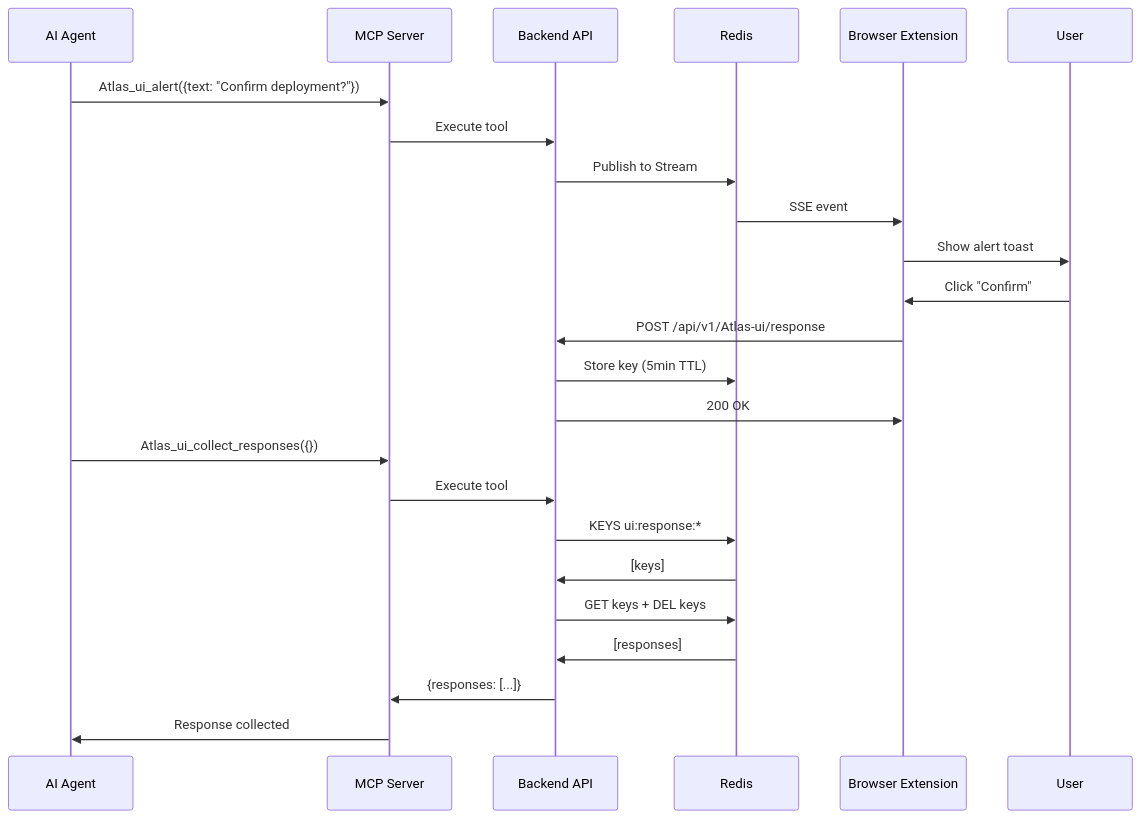
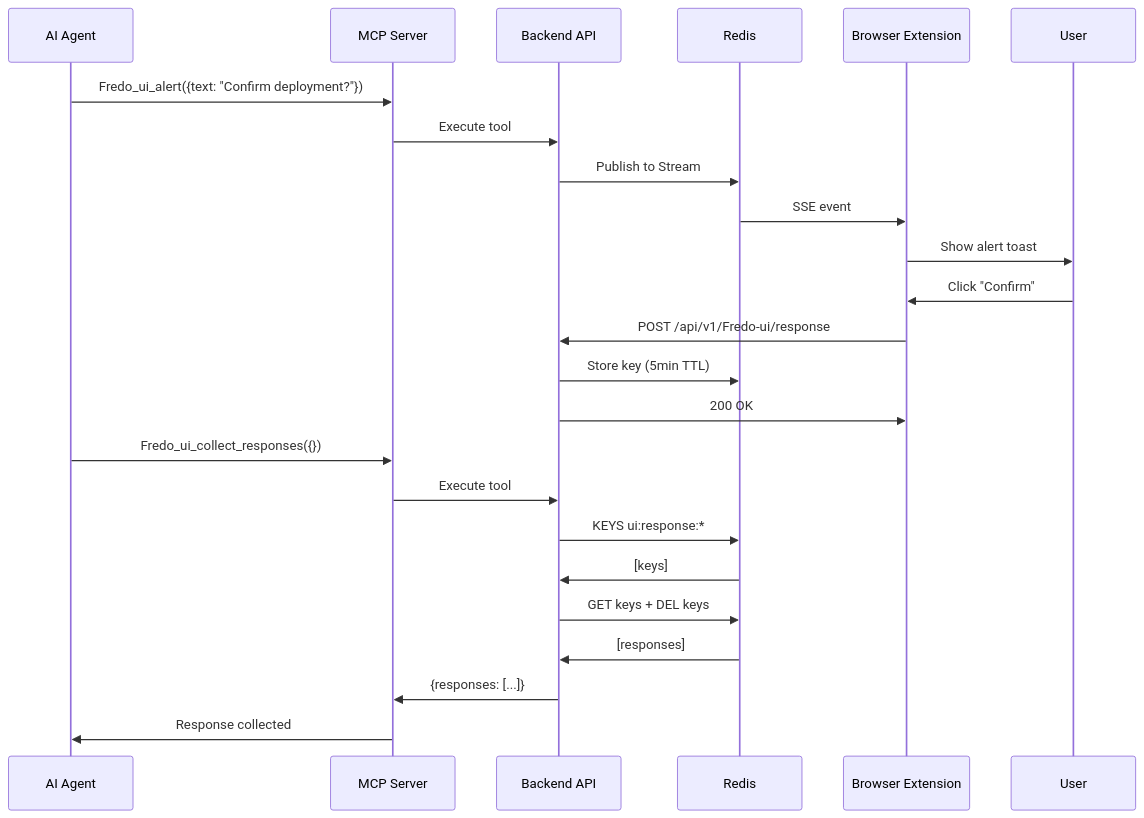
Before and after one commit to FredoAi/fredo: the first of 2 diagrams in docs/archive/browser-extension/RESPONSE_FLOW.md, drawn with Mermaid. The commit also changed other lines of this file and 26 other files, not shown here.

First line of the commit message:
Rename Atlas to Fredo across documentation and codebase

````diff
--- a/docs/archive/browser-extension/RESPONSE_FLOW.md
+++ b/docs/archive/browser-extension/RESPONSE_FLOW.md
@@ -585,27 +585,27 @@
 ```mermaid
 sequenceDiagram
     participant Agent as AI Agent
     participant MCP as MCP Server
     participant Backend as Backend API
     participant Redis as Redis
     participant Ext as Browser Extension
     participant User as User
 
-    Agent->>MCP: Atlas_ui_alert({text: "Confirm deployment?"})
+    Agent->>MCP: Fredo_ui_alert({text: "Confirm deployment?"})
     MCP->>Backend: Execute tool
     Backend->>Redis: Publish to Stream
     Redis->>Ext: SSE event
     Ext->>User: Show alert toast
     User->>Ext: Click "Confirm"
-    Ext->>Backend: POST /api/v1/Atlas-ui/response
+    Ext->>Backend: POST /api/v1/Fredo-ui/response
     Backend->>Redis: Store key (5min TTL)
     Backend->>Ext: 200 OK
-    Agent->>MCP: Atlas_ui_collect_responses({})
+    Agent->>MCP: Fredo_ui_collect_responses({})
     MCP->>Backend: Execute tool
     Backend->>Redis: KEYS ui:response:*
     Redis->>Backend: [keys]
     Backend->>Redis: GET keys + DEL keys
     Redis->>Backend: [responses]
     Backend->>MCP: {responses: [...]}
     MCP->>Agent: Response collected
 ```
````
